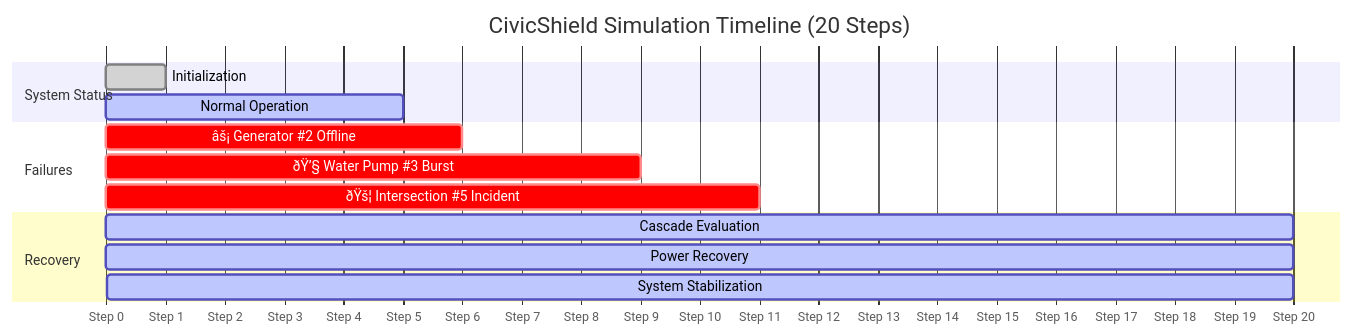
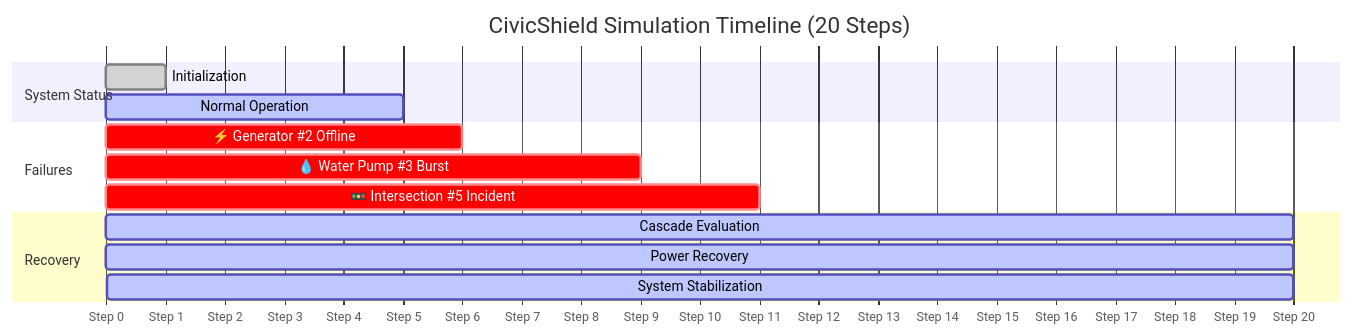
The fifth of 5 diagrams in README.md (ABDESSAMAD-BOURKIBATE/CivicShield), drawn with Mermaid before and after one commit. The commit also changed other lines of this file and 1 other file, not shown here.

````diff
--- a/README.md
+++ b/README.md
@@ -542,20 +542,20 @@
 ```mermaid
 gantt
     title CivicShield Simulation Timeline (20 Steps)
     dateFormat X
     axisFormat Step %s
 
     section System Status
     Initialization              :done, 0, 1
     Normal Operation            :active, 1, 5
 
     section Failures
-    âš¡ Generator #2 Offline     :crit, 5, 6
-    ðŸ’§ Water Pump #3 Burst      :crit, 8, 9
-    ðŸš¦ Intersection #5 Incident :crit, 10, 11
+    ⚡ Generator #2 Offline     :crit, 5, 6
+    💧 Water Pump #3 Burst      :crit, 8, 9
+    🚥 Intersection #5 Incident :crit, 10, 11
 
     section Recovery
     Cascade Evaluation          :active, 5, 20
     Power Recovery              :active, 6, 20
     System Stabilization        :active, 11, 20
 ```
````
